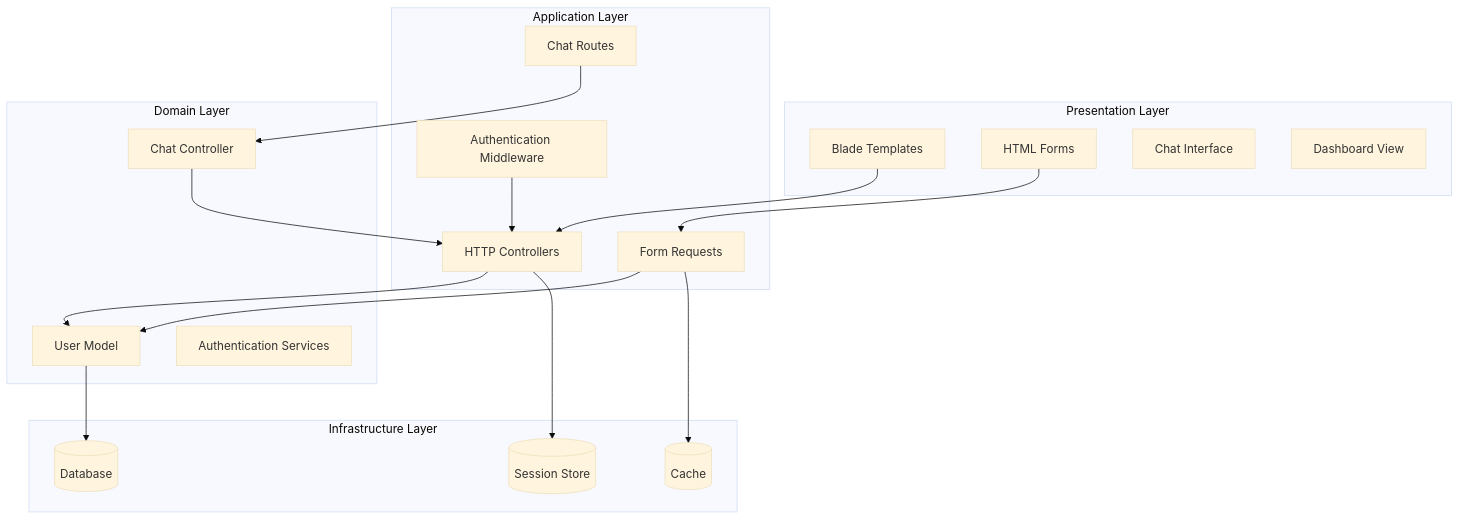
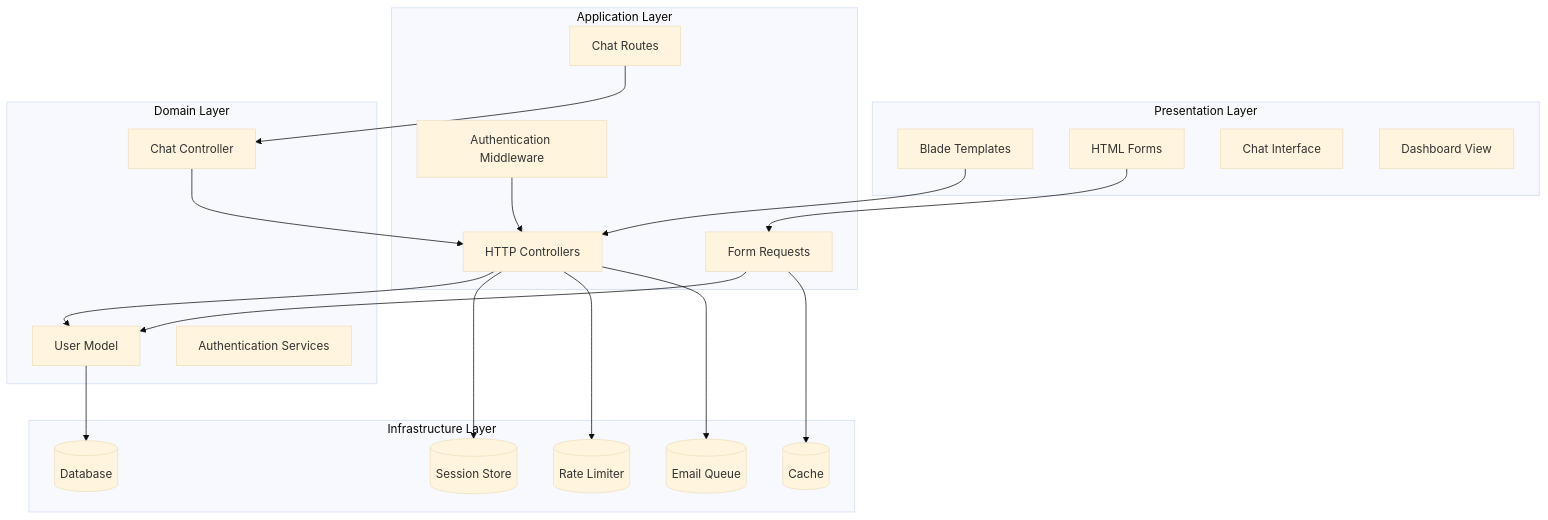
The first of 8 diagrams in .qoder/repowiki/en/content/Laravel Application Components/Authentication System.md (siimliimand/laravel-assistant), drawn with Mermaid (base theme) before and after one commit. The commit also changed other lines of this file and 6 other files, not shown here.

First line of the commit message:
feat(database): add project management schema with ownership and status tracking

````diff
--- a/.qoder/repowiki/en/content/Laravel Application Components/Authentication System.md
+++ b/.qoder/repowiki/en/content/Laravel Application Components/Authentication System.md
@@ -60,35 +62,39 @@
 ```mermaid
 graph TB
 subgraph "Presentation Layer"
 Views[Blade Templates]
 Forms[HTML Forms]
 ChatInterface[Chat Interface]
 Dashboard[Dashboard View]
 end
 subgraph "Application Layer"
 Controllers[HTTP Controllers]
 Requests[Form Requests]
 Middleware[Authentication Middleware]
 ChatRoutes[Chat Routes]
 end
 subgraph "Domain Layer"
 Models[User Model]
 Services[Authentication Services]
 ChatController[Chat Controller]
 end
 subgraph "Infrastructure Layer"
 Database[(Database)]
 Cache[(Cache)]
 Sessions[(Session Store)]
+RateLimiter[(Rate Limiter)]
+EmailQueue[(Email Queue)]
 end
 Views --> Controllers
 Forms --> Requests
 Controllers --> Models
 Requests --> Models
 Models --> Database
 Controllers --> Sessions
 Requests --> Cache
 Middleware --> Controllers
 ChatRoutes --> ChatController
 ChatController --> Controllers
+Controllers --> RateLimiter
+Controllers --> EmailQueue
 ```
````
